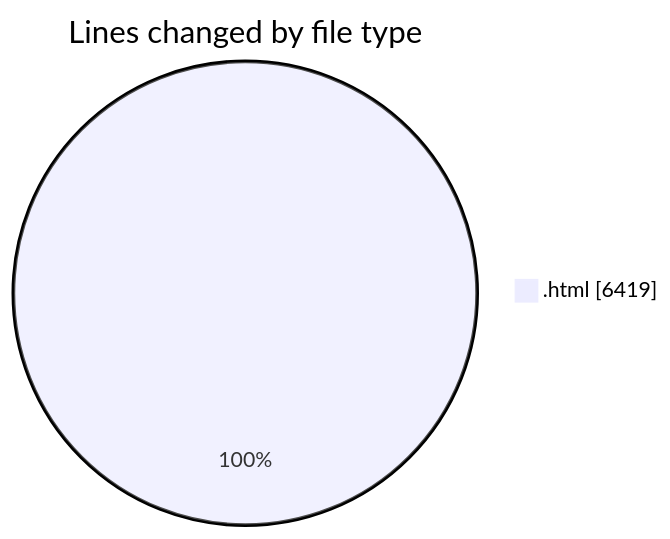
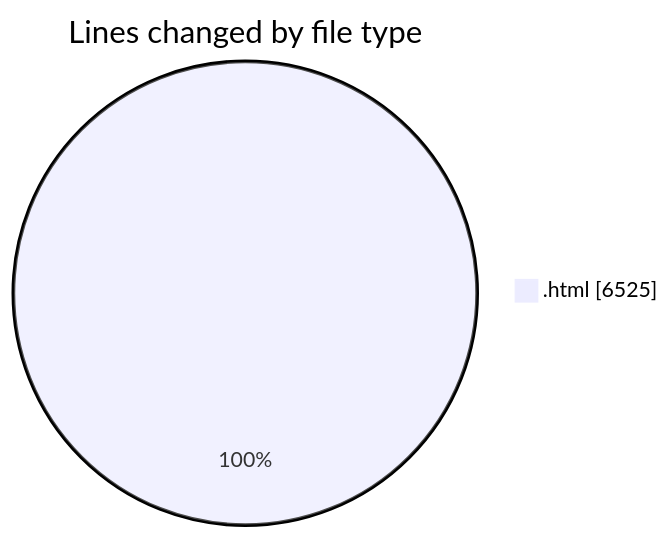
One commit to nxtqubesakshisongat/code-tracking changed the first of 2 diagrams in 2025-08-09/nxtqube_webapp/README.md. Above: the diagram before and after it, drawn with Mermaid. The commit also changed other lines of this file and 1 other file, not shown here.

````diff
--- a/2025-08-09/nxtqube_webapp/README.md
+++ b/2025-08-09/nxtqube_webapp/README.md
@@ -21,5 +21,5 @@
 ```mermaid
 pie showData
 title Lines changed by file type
-".html" : 6419
+".html" : 6525
 ```
````
